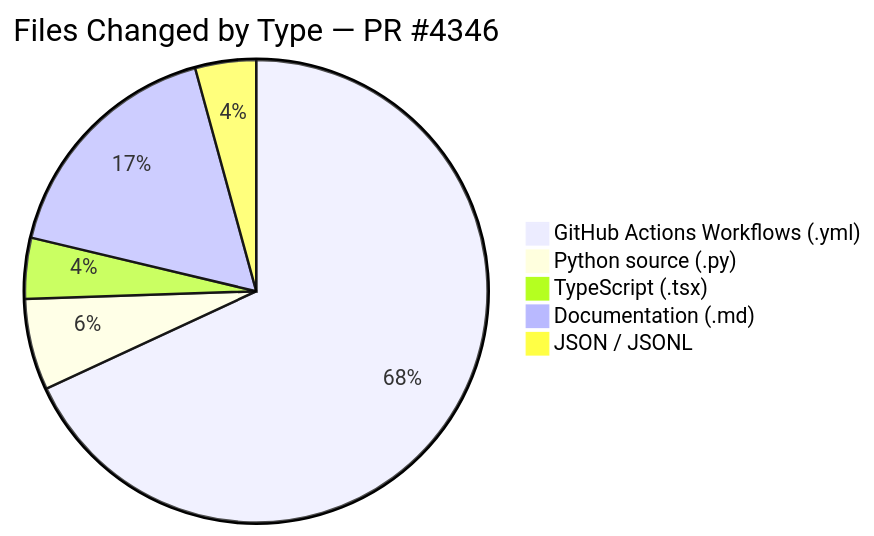
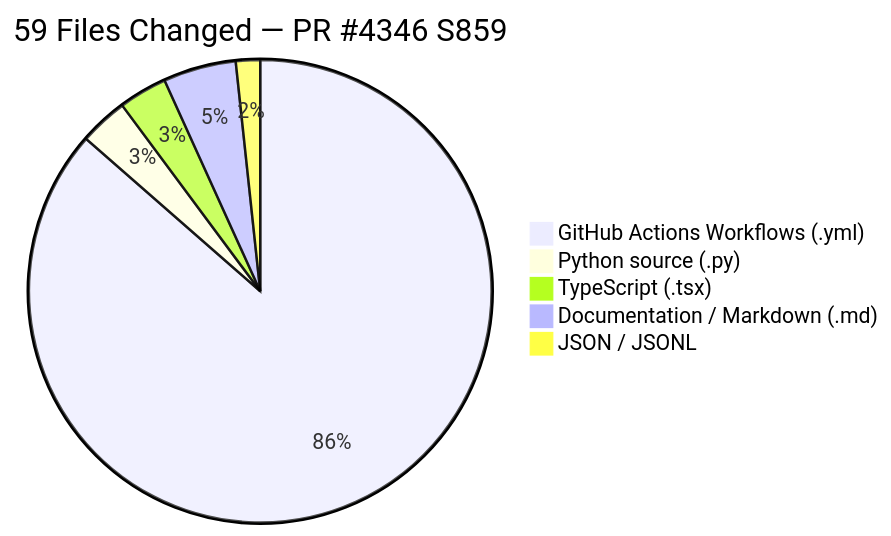
The seventh of 7 diagrams in docs/sessions/PR4346_session_diagram.md (Aries-Serpent/_codex_), drawn with Mermaid before and after one commit. The commit also changed other lines of this file and 3 other files, not shown here.

First line of the commit message:
docs(s859): final living docs v2 — CI snapshot, CHANGELOG+accountability final, session diagram 7 Mermaid

````diff
--- a/docs/sessions/PR4346_session_diagram.md
+++ b/docs/sessions/PR4346_session_diagram.md
@@ -191,8 +192,8 @@
 ```mermaid
-pie title Files Changed by Type — PR #4346
-    "GitHub Actions Workflows (.yml)" : 32
-    "Python source (.py)" : 3
+pie title 59 Files Changed — PR #4346 S859
+    "GitHub Actions Workflows (.yml)" : 51
+    "Python source (.py)" : 2
     "TypeScript (.tsx)" : 2
-    "Documentation (.md)" : 8
-    "JSON / JSONL" : 2
+    "Documentation / Markdown (.md)" : 3
+    "JSON / JSONL" : 1
 ```
````
